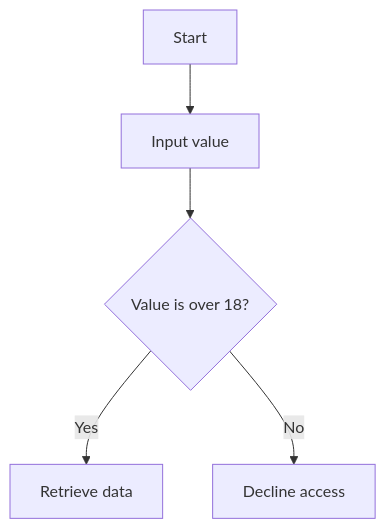
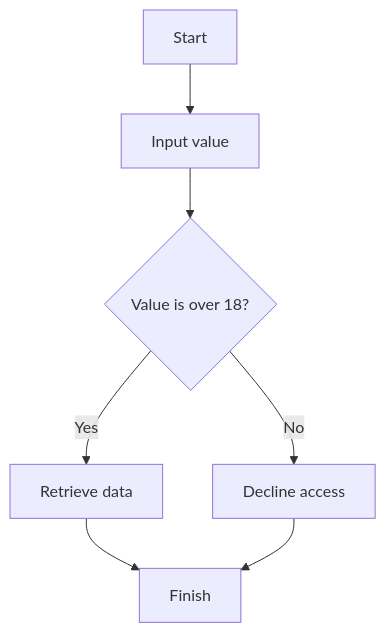
Before and after one commit to LucasBarretto86/LearningMermaid: diagram 20 of 20 in README.md, drawn with Mermaid. The commit also changed other lines of this file, not shown here.

Commit message:
Update Flowchart diagram

````diff
--- a/README.md
+++ b/README.md
@@ -148,7 +290,9 @@
 ```mermaid
 graph TD
-A[Start] --> B[Input value];
-B --> C{Value is over 18?};
-C --> |Yes| D[Retrieve data];
-C --> |No| E[Decline access];
+  A[Start] --> B[Input value]
+  B --> C{Value is over 18?}
+  C --> |Yes| D[Retrieve data]
+  C --> |No| E[Decline access]
+  D --> F[Finish]
+  E --> F[Finish]
 ```
````
